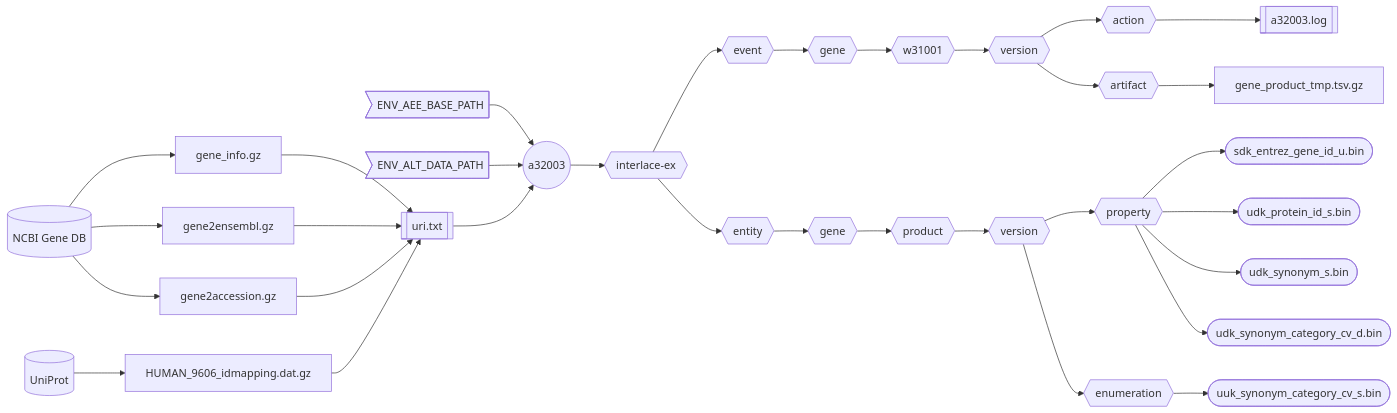
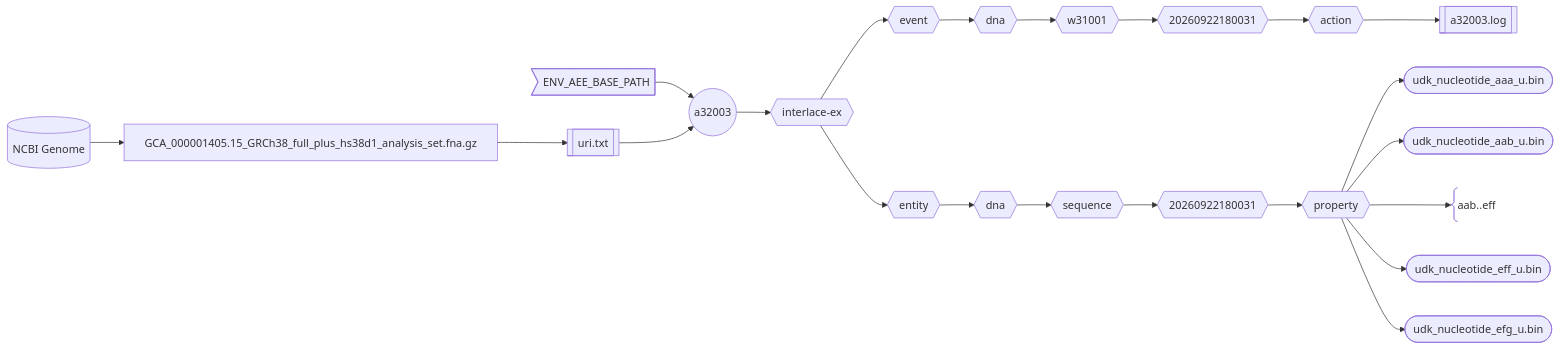
One commit to sas-quantome/interlace-do changed the diagram in cmd/a32003/README.md. Above: the diagram before and after it, drawn with Mermaid. The commit also changed other lines of this file and 24 other files, not shown here.

````diff
--- a/cmd/a32003/README.md
+++ b/cmd/a32003/README.md
@@ -7,34 +7,24 @@
 ```mermaid
 flowchart LR
-    db1[(NCBI Gene DB)] --> gene_info.gz
-    db1[(NCBI Gene DB)] --> gene2ensembl.gz
-    db1[(NCBI Gene DB)] --> gene2accession.gz
-    db2[(UniProt)] --> HUMAN_9606_idmapping.dat.gz
+    db1[(NCBI Genome)] --> GCA_000001405.15_GRCh38_full_plus_hs38d1_analysis_set.fna.gz
     env1>ENV_AEE_BASE_PATH] --> app((a32003))
-    env2>ENV_ALT_DATA_PATH] --> app((a32003))
     uri[[uri.txt]] --> app((a32003))
-    gene_info.gz --> uri[[uri.txt]]
-    gene2ensembl.gz --> uri[[uri.txt]]
-    gene2accession.gz --> uri[[uri.txt]]
-    HUMAN_9606_idmapping.dat.gz --> uri[[uri.txt]]
+    GCA_000001405.15_GRCh38_full_plus_hs38d1_analysis_set.fna.gz --> uri[[uri.txt]]
     app((a32003)) --> ds{{interlace-ex}}
     ds{{interlace-ex}} --> work{{event}}
     ds{{interlace-ex}} --> data{{entity}}
-    work{{event}} --> workEntity{{gene}}
-    data{{entity}} --> dataEntity{{gene}}
-    workEntity{{gene}} --> workAsset{{w31001}}
-    dataEntity{{gene}} --> dataAsset{{product}}
-    workAsset{{w31001}} --> workRelease{{version}}
-    dataAsset{{product}} --> dataRelease{{version}}
-    workRelease{{version}} --> action{{action}}
-    workRelease{{version}} --> artifact{{artifact}}
-    dataRelease{{version}} --> prop{{property}}
-    dataRelease{{version}} --> enum{{enumeration}}
+    work{{event}} --> workEntity{{dna}}
+    data{{entity}} --> dataEntity{{dna}}
+    workEntity{{dna}} --> workAsset{{w31001}}
+    dataEntity{{dna}} --> dataAsset{{sequence}}
+    workAsset{{w31001}} --> workRelease{{20260922180031}}
+    dataAsset{{sequence}} --> dataRelease{{20260922180031}}
+    workRelease{{20260922180031}} --> action{{action}}
+    dataRelease{{20260922180031}} --> prop{{property}}
     action{{action}} --> log[[a32003.log]]
-    artifact{{artifact}} --> gene_product_tmp.tsv.gz
-    prop{{property}} --> d1([sdk_entrez_gene_id_u.bin])
-    prop{{property}} --> d2([udk_protein_id_s.bin])
-    prop{{property}} --> d3([udk_synonym_s.bin])
-    prop{{property}} --> d4([udk_synonym_category_cv_d.bin])
-    enum{{enumeration}} --> e1([uuk_synonym_category_cv_s.bin])
+    prop{{property}} --> d1([udk_nucleotide_aaa_u.bin])
+    prop{{property}} --> d2([udk_nucleotide_aab_u.bin])
+    prop{{property}} --> A@{ shape: comment, label: aab..eff }
+    prop{{property}} --> d3([udk_nucleotide_eff_u.bin])
+    prop{{property}} --> d4([udk_nucleotide_efg_u.bin])
 ```
````
